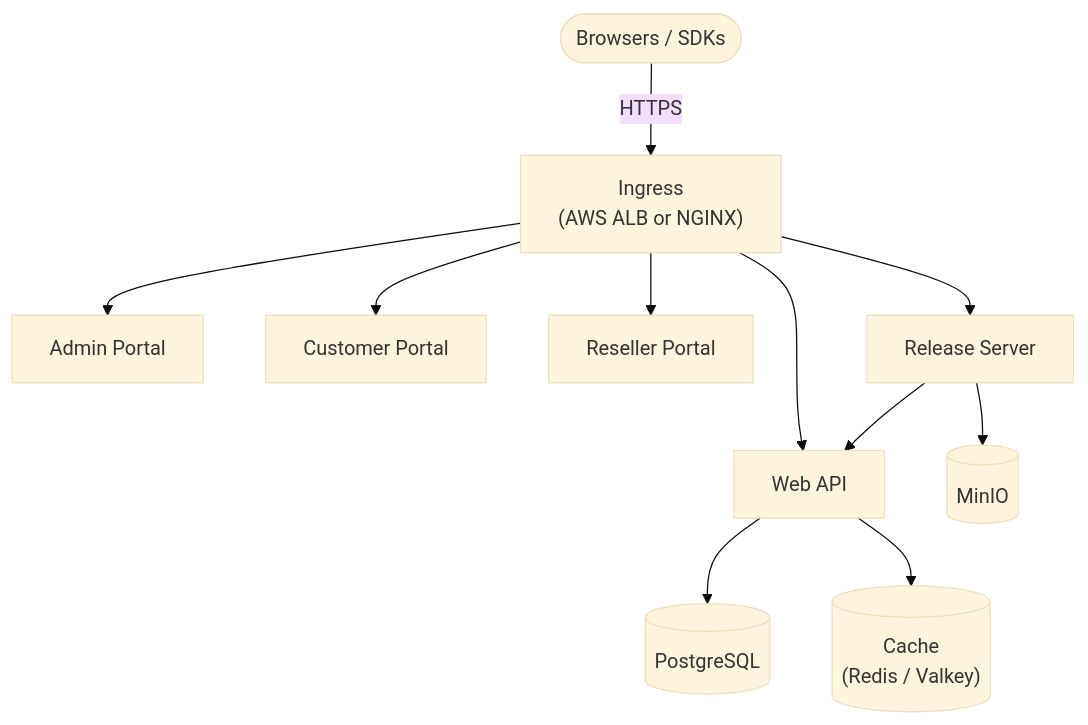
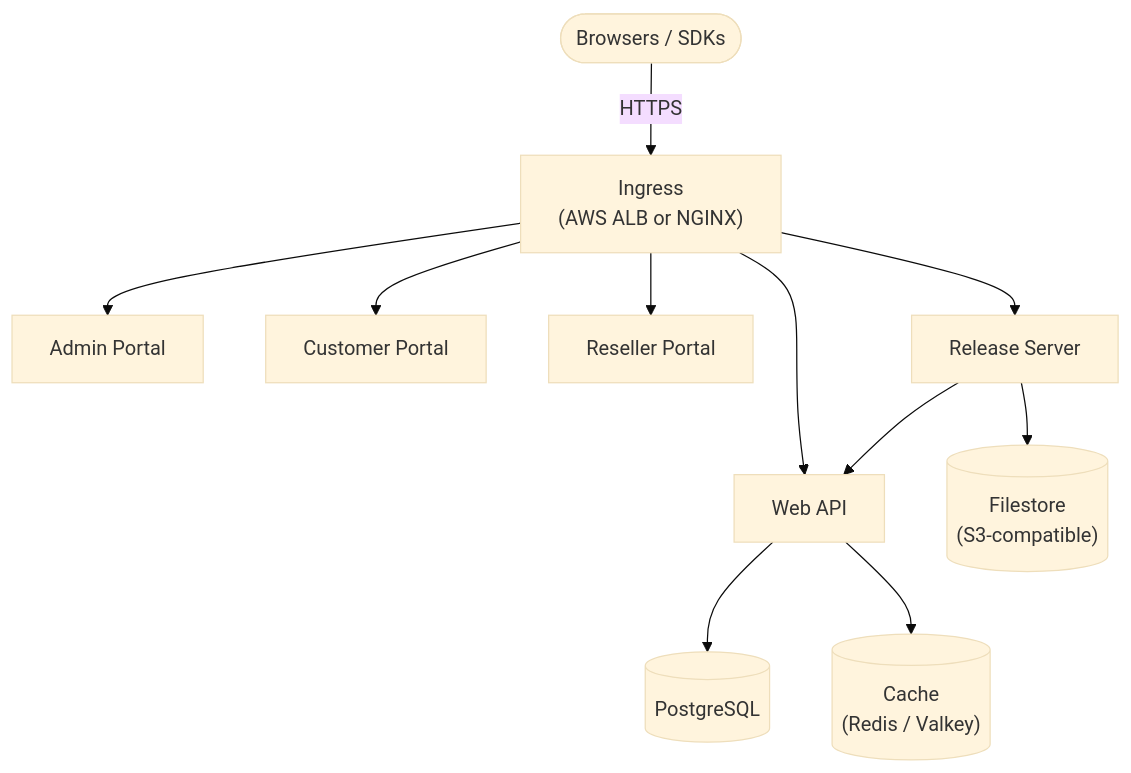
The diagram in README.md (cryptlex/helm-charts), drawn with Mermaid (base theme) before and after one commit. The commit also changed other lines of this file, not shown here.

Commit message:
docs: recommend external s3 filestore and use database url in secrets example

````diff
--- a/README.md
+++ b/README.md
@@ -9,15 +9,15 @@
 ```mermaid
 flowchart TB
     clients([Browsers / SDKs]) -- HTTPS --> ingress["Ingress<br>(AWS ALB or NGINX)"]
 
     ingress --> api[Web API]
     ingress --> admin[Admin Portal]
     ingress --> customer[Customer Portal]
     ingress --> reseller[Reseller Portal]
     ingress --> release[Release Server]
 
     api --> db[("PostgreSQL")]
     api --> cache[("Cache<br>(Redis / Valkey)")]
     release --> api
-    release --> store[("MinIO")]
+    release --> store[("Filestore<br>(S3-compatible)")]
 ```
````
